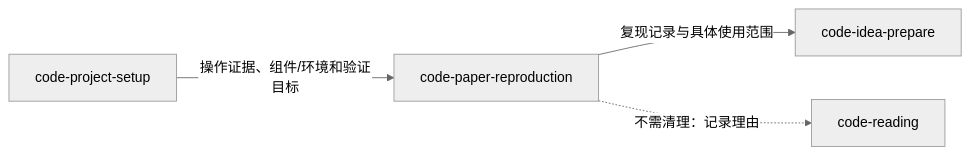
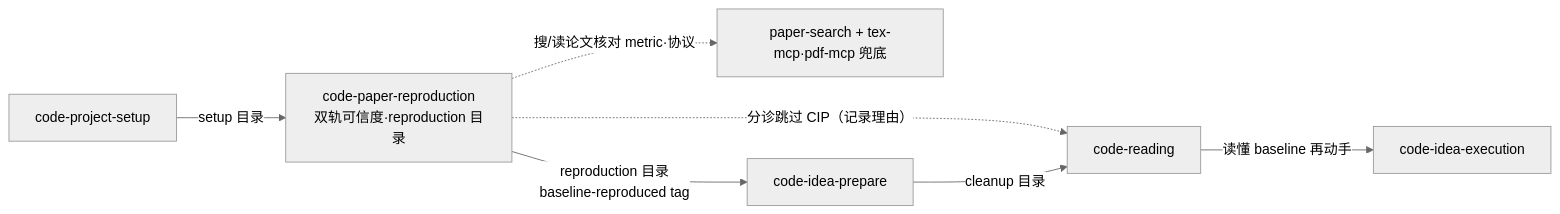
One commit to jackwang0108/dl-assistant changed the first of 4 diagrams in plugins/dl-assistant/skills/code-paper-reproduction/SKILL.md. Above: the diagram before and after it, drawn with Mermaid (neutral theme). The commit also changed other lines of this file and 256 other files, not shown here.

````diff
--- a/plugins/dl-assistant/skills/code-paper-reproduction/SKILL.md
+++ b/plugins/dl-assistant/skills/code-paper-reproduction/SKILL.md
@@ -24,6 +62,10 @@
 ```mermaid
 flowchart LR
-    CPS[code-project-setup] -->|操作证据、组件/环境和验证目标| CPR[code-paper-reproduction]
-    CPR -->|复现记录与具体使用范围| CIP[code-idea-prepare]
-    CPR -.->|不需清理：记录理由| CR[code-reading]
+    CPS[code-project-setup] -->|setup 目录| CPR
+    CPR["code-paper-reproduction<br/>双轨可信度·reproduction 目录"]
+    CPR -.->|搜/读论文核对 metric·协议| TOOLS["paper-search + tex-mcp·pdf-mcp 兜底"]
+    CPR -->|reproduction 目录<br/>baseline-reproduced tag| CIP[code-idea-prepare]
+    CPR -.->|分诊跳过 CIP（记录理由）| CR
+    CIP -->|cleanup 目录| CR[code-reading]
+    CR -->|读懂 baseline 再动手| EX[code-idea-execution]
 ```
````
